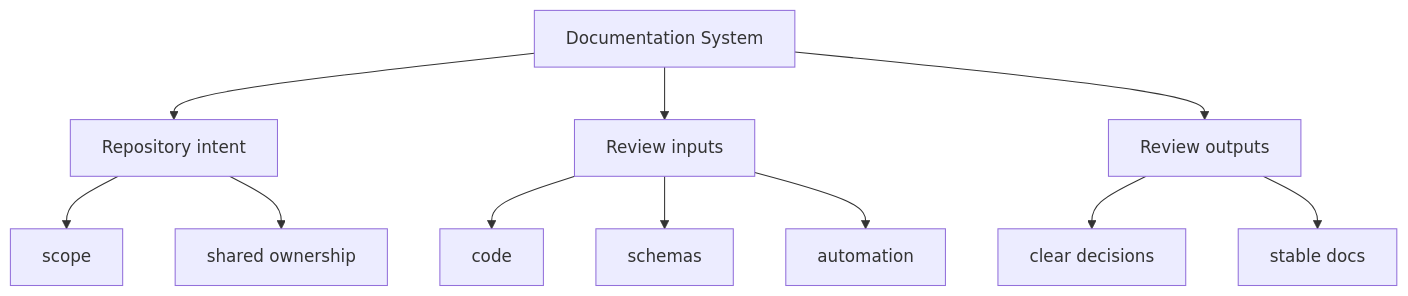
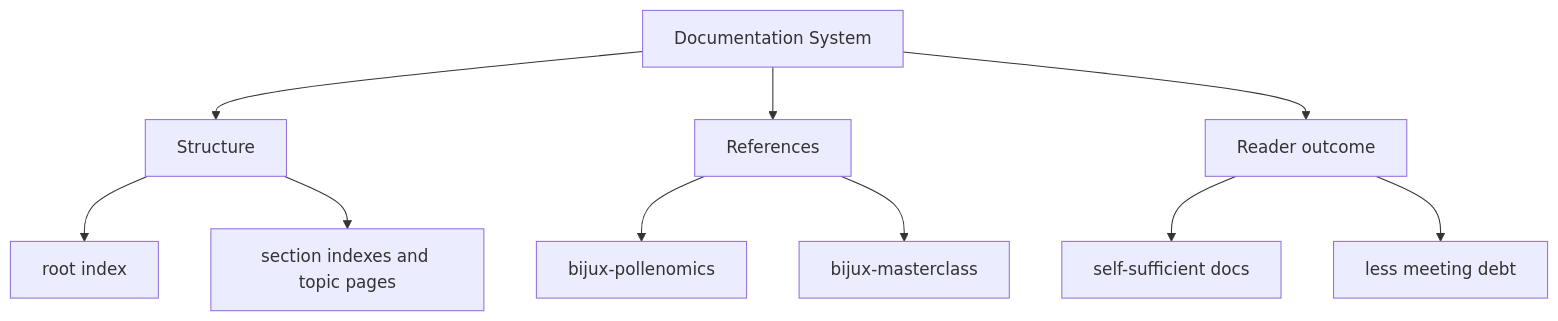
The second of 2 diagrams in docs/bijux-canon/documentation-system.md (bijux/bijux-canon), drawn with Mermaid before and after one commit. The commit also changed other lines of this file and 11 other files, not shown here.

Commit message:
docs(diagrams): clarify root handbook maps

````diff
--- a/docs/bijux-canon/documentation-system.md
+++ b/docs/bijux-canon/documentation-system.md
@@ -43,24 +43,22 @@
 ```mermaid
 flowchart TD
     page["Documentation System"]
-    focus1["Repository intent"]
+    focus1["Structure"]
     page --> focus1
-    focus1_1["scope"]
+    focus1_1["root index"]
     focus1 --> focus1_1
-    focus1_2["shared ownership"]
+    focus1_2["section indexes and topic pages"]
     focus1 --> focus1_2
-    focus2["Review inputs"]
+    focus2["References"]
     page --> focus2
-    focus2_1["code"]
+    focus2_1["bijux-pollenomics"]
     focus2 --> focus2_1
-    focus2_2["schemas"]
+    focus2_2["bijux-masterclass"]
     focus2 --> focus2_2
-    focus2_3["automation"]
-    focus2 --> focus2_3
-    focus3["Review outputs"]
+    focus3["Reader outcome"]
     page --> focus3
-    focus3_1["clear decisions"]
+    focus3_1["self-sufficient docs"]
     focus3 --> focus3_1
-    focus3_2["stable docs"]
+    focus3_2["less meeting debt"]
     focus3 --> focus3_2
 ```
````
